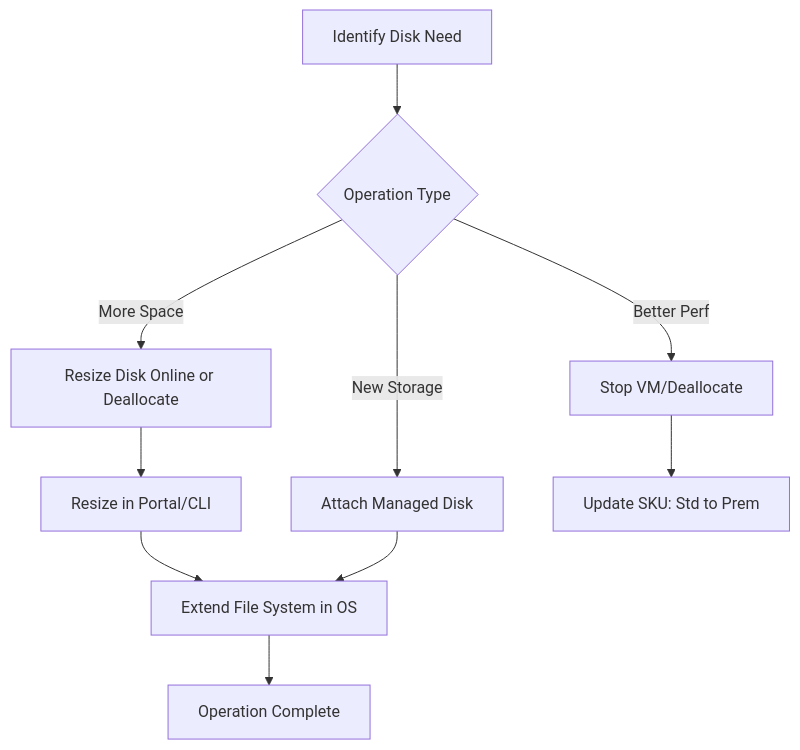
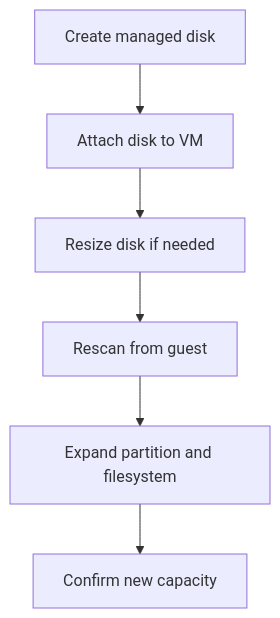
The diagram in docs/operations/manage-disks.md (yeongseon/azure-virtual-machine-practical-guide), drawn with Mermaid before and after one commit. The commit also changed other lines of this file and 9 other files, not shown here.

````diff
--- a/docs/operations/manage-disks.md
+++ b/docs/operations/manage-disks.md
@@ -41,12 +47,8 @@
 ```mermaid
-graph TD
-    A[Identify Disk Need] --> B{Operation Type}
-    B -->|New Storage| C[Attach Managed Disk]
-    B -->|More Space| D[Resize Disk Online or Deallocate]
-    B -->|Better Perf| E[Stop VM/Deallocate]
-    D --> F[Resize in Portal/CLI]
-    E --> G[Update SKU: Std to Prem]
-    F --> H[Extend File System in OS]
-    C --> H
-    H --> I[Operation Complete]
+flowchart TD
+    A[Create managed disk] --> B[Attach disk to VM]
+    B --> C[Resize disk if needed]
+    C --> D[Rescan from guest]
+    D --> E[Expand partition and filesystem]
+    E --> F[Confirm new capacity]
 ```
````
